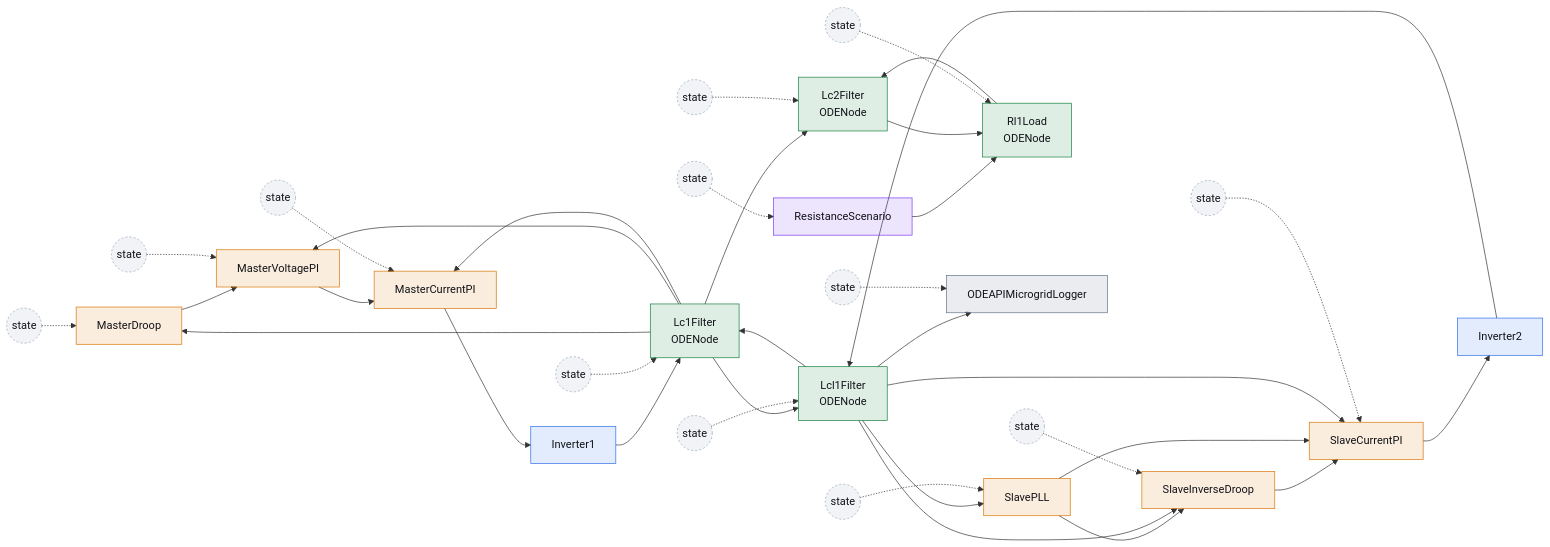
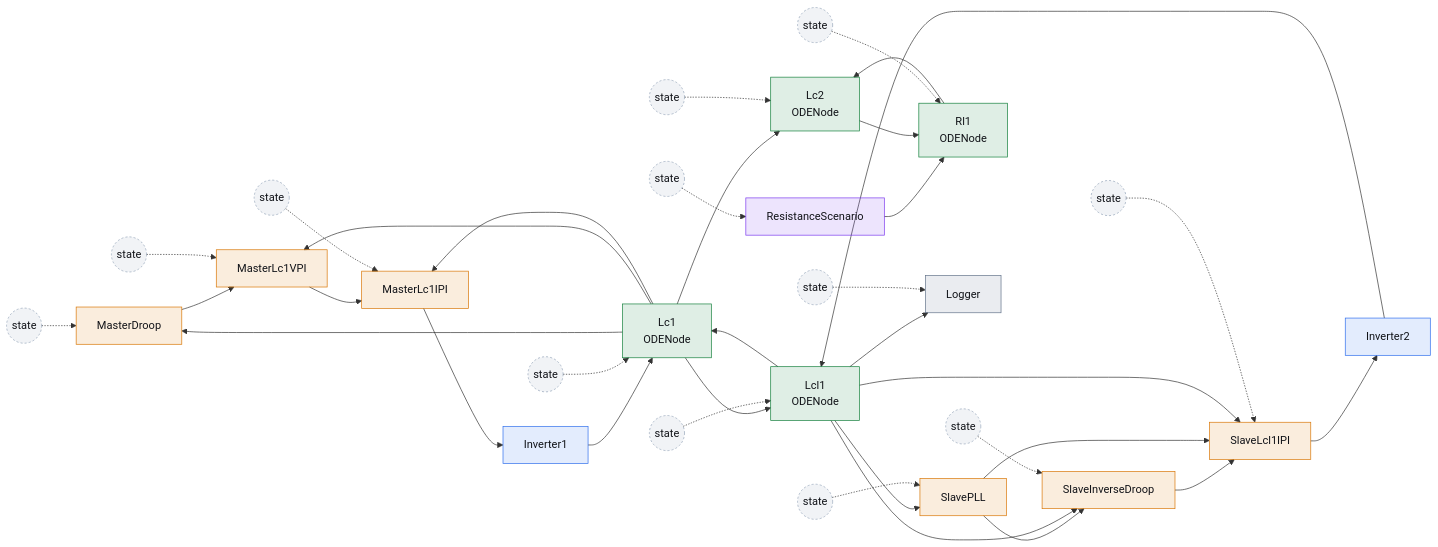
The second of 2 diagrams in docs/examples/two_inverter_static_droop.md (aidagroup/regelum), drawn with Mermaid before and after one commit. The commit also changed other lines of this file and 150 other files, not shown here.

````diff
--- a/docs/examples/two_inverter_static_droop.md
+++ b/docs/examples/two_inverter_static_droop.md
@@ -305,53 +311,53 @@
 ```mermaid
 flowchart LR
-    masterDroop["MasterDroop"] --> masterVoltagePI["MasterVoltagePI"]
-    masterVoltagePI --> masterCurrentPI["MasterCurrentPI"]
-    masterCurrentPI --> inv1["Inverter1"]
+    masterDroop["MasterDroop"] --> masterLc1VPI["MasterLc1VPI"]
+    masterLc1VPI --> masterLc1IPI["MasterLc1IPI"]
+    masterLc1IPI --> inv1["Inverter1"]
 
     slavePLL["SlavePLL"] --> slaveInverseDroop["SlaveInverseDroop"]
-    slaveInverseDroop --> slaveCurrentPI["SlaveCurrentPI"]
-    slavePLL --> slaveCurrentPI
-    slaveCurrentPI --> inv2["Inverter2"]
-    scenario["ResistanceScenario"] --> rl1["Rl1Load<br/>ODENode"]
+    slaveInverseDroop --> slaveLcl1IPI["SlaveLcl1IPI"]
+    slavePLL --> slaveLcl1IPI
+    slaveLcl1IPI --> inv2["Inverter2"]
+    scenario["ResistanceScenario"] --> rl1["Rl1<br/>ODENode"]
 
-    inv1 --> lc1["Lc1Filter<br/>ODENode"]
-    inv2 --> lcl1["Lcl1Filter<br/>ODENode"]
+    inv1 --> lc1["Lc1<br/>ODENode"]
+    inv2 --> lcl1["Lcl1<br/>ODENode"]
     lcl1 --> lc1
     lc1 --> lcl1
-    lc1 --> lc2["Lc2Filter<br/>ODENode"]
+    lc1 --> lc2["Lc2<br/>ODENode"]
     lc2 --> rl1
     rl1 --> lc2
     lc1 --> masterDroop
-    lc1 --> masterVoltagePI
-    lc1 --> masterCurrentPI
+    lc1 --> masterLc1VPI
+    lc1 --> masterLc1IPI
     lcl1 --> slavePLL
     lcl1 --> slaveInverseDroop
-    lcl1 --> slaveCurrentPI
-    lcl1 --> logger["ODEAPIMicrogridLogger"]
+    lcl1 --> slaveLcl1IPI
+    lcl1 --> logger["Logger"]
 
     master_droop_state(("state")) -.-> masterDroop
-    master_voltage_pi_state(("state")) -.-> masterVoltagePI
-    master_current_pi_state(("state")) -.-> masterCurrentPI
+    master_lc1_v_pi_state(("state")) -.-> masterLc1VPI
+    master_lc1_i_pi_state(("state")) -.-> masterLc1IPI
     slave_pll_state(("state")) -.-> slavePLL
     slave_inverse_state(("state")) -.-> slaveInverseDroop
-    slave_current_pi_state(("state")) -.-> slaveCurrentPI
+    slave_lcl1_i_pi_state(("state")) -.-> slaveLcl1IPI
     lc1_state(("state")) -.-> lc1
     lcl1_state(("state")) -.-> lcl1
     lc2_state(("state")) -.-> lc2
     rl1_state(("state")) -.-> rl1
     logger_state(("state")) -.-> logger
     scenario_state(("state")) -.-> scenario
 
     classDef control fill:#d9770622,stroke:#d97706,color:#111318
     classDef inverters fill:#2f6fed22,stroke:#2f6fed,color:#111318
     classDef scenarioPhase fill:#7c3aed22,stroke:#7c3aed,color:#111318
     classDef electrical fill:#15803d22,stroke:#15803d,color:#111318
     classDef log fill:#64748b22,stroke:#64748b,color:#111318
     classDef state fill:#94a3b822,stroke:#94a3b8,stroke-dasharray:3 3,color:#111318
-    class masterDroop,masterVoltagePI,masterCurrentPI,slavePLL,slaveInverseDroop,slaveCurrentPI control
+    class masterDroop,masterLc1VPI,masterLc1IPI,slavePLL,slaveInverseDroop,slaveLcl1IPI control
     class inv1,inv2 inverters
     class scenario scenarioPhase
     class lc1,lcl1,lc2,rl1 electrical
     class logger log
-    class master_droop_state,master_voltage_pi_state,master_current_pi_state,slave_pll_state,slave_inverse_state,slave_current_pi_state,scenario_state,lc1_state,lcl1_state,lc2_state,rl1_state,logger_state state
+    class master_droop_state,master_lc1_v_pi_state,master_lc1_i_pi_state,slave_pll_state,slave_inverse_state,slave_lcl1_i_pi_state,scenario_state,lc1_state,lcl1_state,lc2_state,rl1_state,logger_state state
 ```
````
